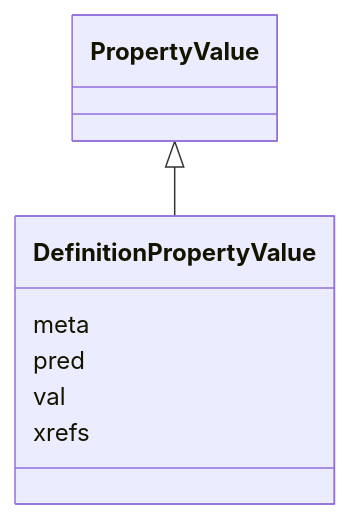
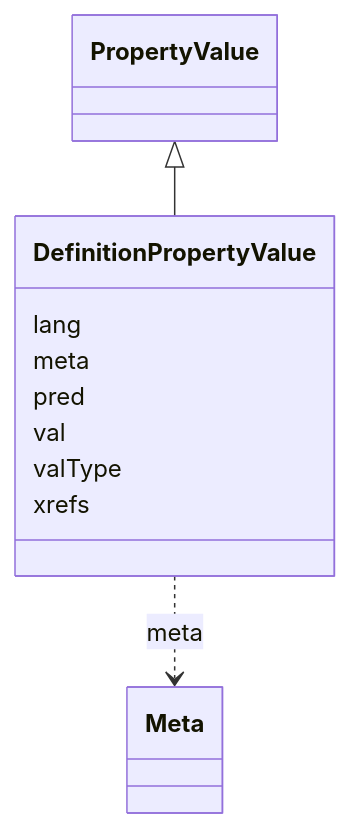
One commit to INCATools/ontology-access-kit changed the diagram in docs/datamodels/obograph/DefinitionPropertyValue.md. Above: the diagram before and after it, drawn with Mermaid. The commit also changed other lines of this file and 521 other files, not shown here.

````diff
--- a/docs/datamodels/obograph/DefinitionPropertyValue.md
+++ b/docs/datamodels/obograph/DefinitionPropertyValue.md
@@ -8,11 +11,21 @@
 ```{mermaid}
  classDiagram
     class DefinitionPropertyValue
       PropertyValue <|-- DefinitionPropertyValue
       
+      DefinitionPropertyValue : lang
+        
       DefinitionPropertyValue : meta
+        
+          DefinitionPropertyValue ..> Meta : meta
+        
       DefinitionPropertyValue : pred
+        
       DefinitionPropertyValue : val
+        
+      DefinitionPropertyValue : valType
+        
       DefinitionPropertyValue : xrefs
+        
       
 ```
````
